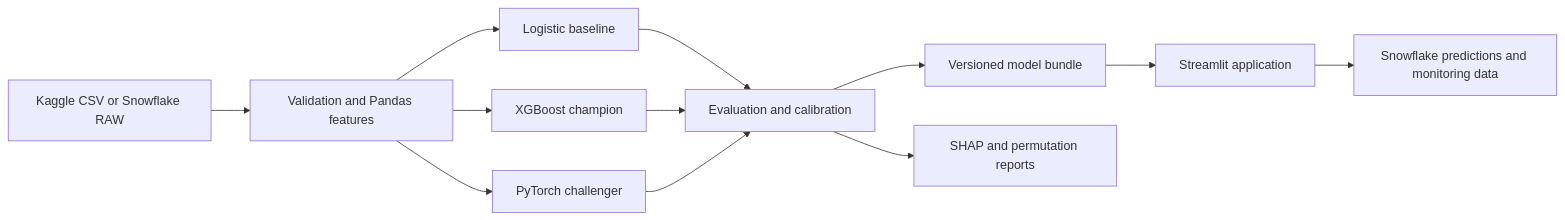
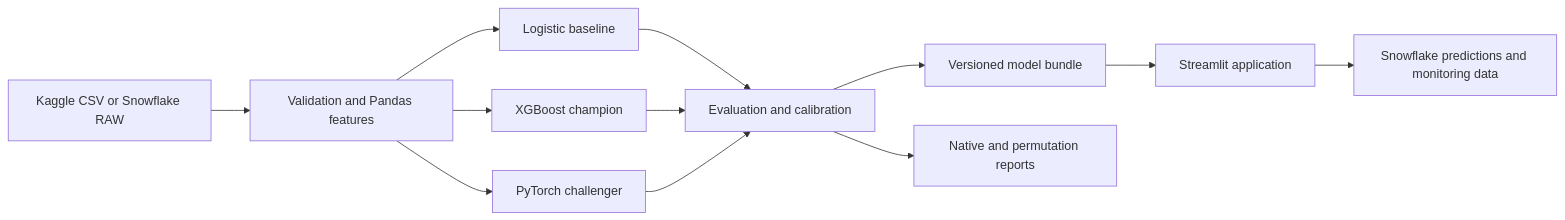
One commit to harrysmithliu/ml_risk_control changed the diagram in README.md. Above: the diagram before and after it, drawn with Mermaid. The commit also changed other lines of this file and 18 other files, not shown here.

````diff
--- a/README.md
+++ b/README.md
@@ -52,14 +52,14 @@
 ```mermaid
 flowchart LR
     A["Kaggle CSV or Snowflake RAW"] --> B["Validation and Pandas features"]
     B --> C["Logistic baseline"]
     B --> D["XGBoost champion"]
     B --> E["PyTorch challenger"]
     C --> F["Evaluation and calibration"]
     D --> F
     E --> F
     F --> G["Versioned model bundle"]
     G --> H["Streamlit application"]
     H --> I["Snowflake predictions and monitoring data"]
-    F --> J["SHAP and permutation reports"]
+    F --> J["Native and permutation reports"]
 ```
````
